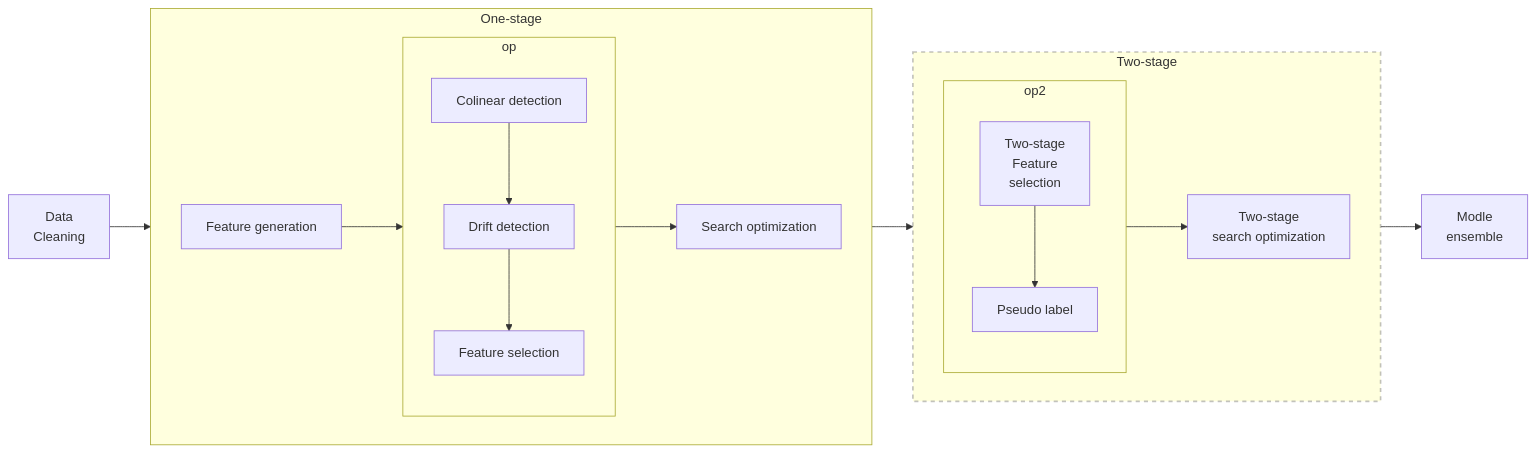
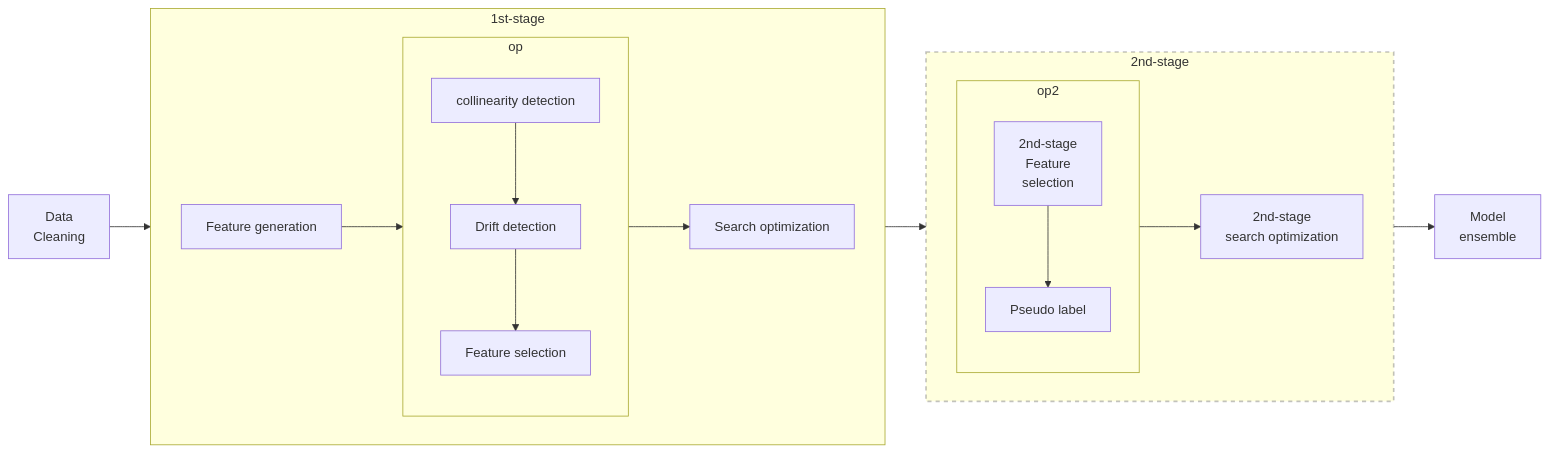
The diagram in docs/en_US/source/example_advanced.rst (DataCanvasIO/HyperGBM), drawn with Mermaid before and after one commit. The commit also changed other lines of this file and 6 other files, not shown here.

```diff
--- a/docs/en_US/source/example_advanced.rst
+++ b/docs/en_US/source/example_advanced.rst
@@ -6,37 +6,36 @@
 .. mermaid::
 
     flowchart LR
         dc[Data<br/>Cleaning]
         fg[Feature generation]
-        cd[Colinear detection]
+        cd[collinearity detection]
         dd[Drift detection]
         fs[Feature selection]
         s1[Search optimization]
-        pi[Two-stage<br/>Feature<br/>selection]
+        pi[2nd-stage<br/>Feature<br/>selection]
         pl[Pseudo label]
-        s2[Two-stage<br/>search optimization]
-        em[Modle<br/>ensemble]
+        s2[2nd-stage<br/>search optimization]
+        em[Model<br/>ensemble]
         op2[op]
 
-        subgraph One-stage
+        subgraph 1st-stage
             direction LR
             subgraph op
                 direction TB
                 cd-->dd
                 dd-->fs
             end
             fg-->op
             op-->s1
         end
-        subgraph Two-stage
+        subgraph 2nd-stage
             direction LR
             subgraph op2
                 direction TB
                 pi-->pl
             end
             op2-->s2
         end
-        dc-->One-stage-->Two-stage-->em
+        dc-->1st-stage-->2nd-stage-->em
 
-        style Two-stage stroke:#6666,stroke-width:2px,stroke-dasharray: 5, 5;
-        style Two-stage stroke:#6666,stroke-width:2px,stroke-dasharray: 5, 5;
+        style 2nd-stage stroke:#6666,stroke-width:2px,stroke-dasharray: 5, 5;
```
